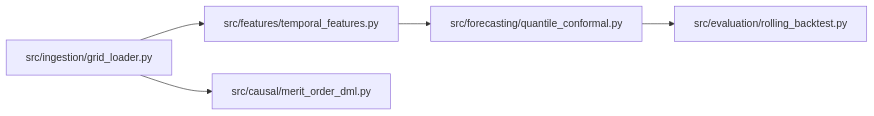
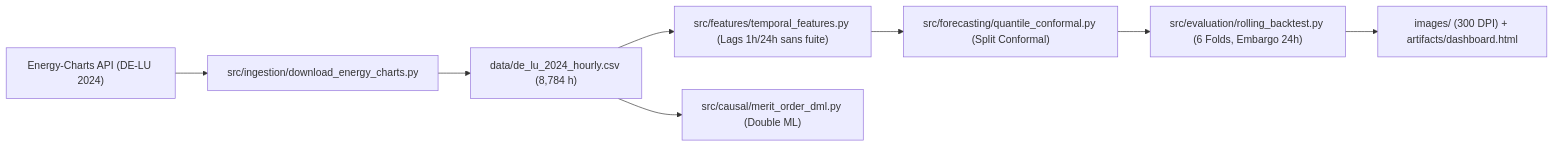
Before and after one commit to elm-as/ERGF: the diagram in README.md, drawn with Mermaid. The commit also changed other lines of this file and 12 other files, not shown here.

Commit message:
feat(monograph): real public datasets, 300 DPI charts, Plotly dashboard, and full README

````diff
--- a/README.md
+++ b/README.md
@@ -21,7 +76,10 @@
 ```mermaid
 flowchart LR
-    ING["src/ingestion/grid_loader.py"] --> FEAT["src/features/temporal_features.py"]
-    ING --> CAUS["src/causal/merit_order_dml.py"]
-    FEAT --> FORE["src/forecasting/quantile_conformal.py"]
-    FORE --> EVAL["src/evaluation/rolling_backtest.py"]
+    API["Energy-Charts API (DE-LU 2024)"] --> ING["src/ingestion/download_energy_charts.py"]
+    ING --> CSV["data/de_lu_2024_hourly.csv (8,784 h)"]
+    CSV --> FEAT["src/features/temporal_features.py (Lags 1h/24h sans fuite)"]
+    CSV --> CAUS["src/causal/merit_order_dml.py (Double ML)"]
+    FEAT --> FORE["src/forecasting/quantile_conformal.py (Split Conformal)"]
+    FORE --> EVAL["src/evaluation/rolling_backtest.py (6 Folds, Embargo 24h)"]
+    EVAL --> VIS["images/ (300 DPI) + artifacts/dashboard.html"]
 ```
````
